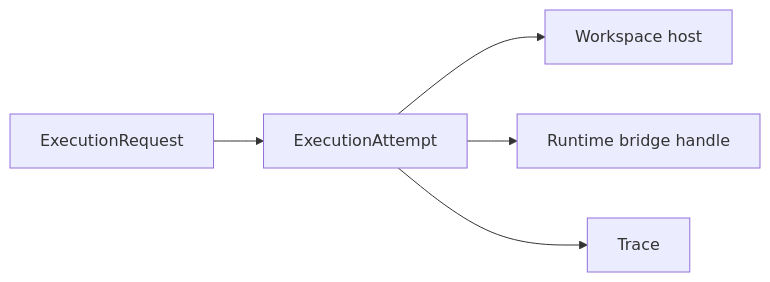
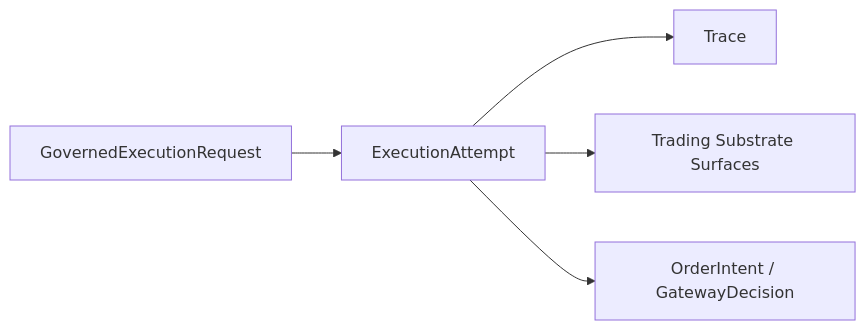
Before and after one commit to openboa-ai/ouroboros: the diagram in wiki/architecture/specs/13-execution-attempt-contract.md, drawn with Mermaid. The commit also changed other lines of this file and 80 other files, not shown here.

Commit message:
docs: lock mlp-01 architecture design baseline

````diff
--- a/wiki/architecture/specs/13-execution-attempt-contract.md
+++ b/wiki/architecture/specs/13-execution-attempt-contract.md
@@ -65,7 +48,7 @@
 ```mermaid
 flowchart LR
-    A["ExecutionRequest"] --> B["ExecutionAttempt"]
-    B --> C["Workspace host"]
-    B --> D["Runtime bridge handle"]
-    B --> E["Trace"]
+    A["GovernedExecutionRequest"] --> B["ExecutionAttempt"]
+    B --> C["Trace"]
+    B --> D["Trading Substrate Surfaces"]
+    B --> E["OrderIntent / GatewayDecision"]
 ```
````
